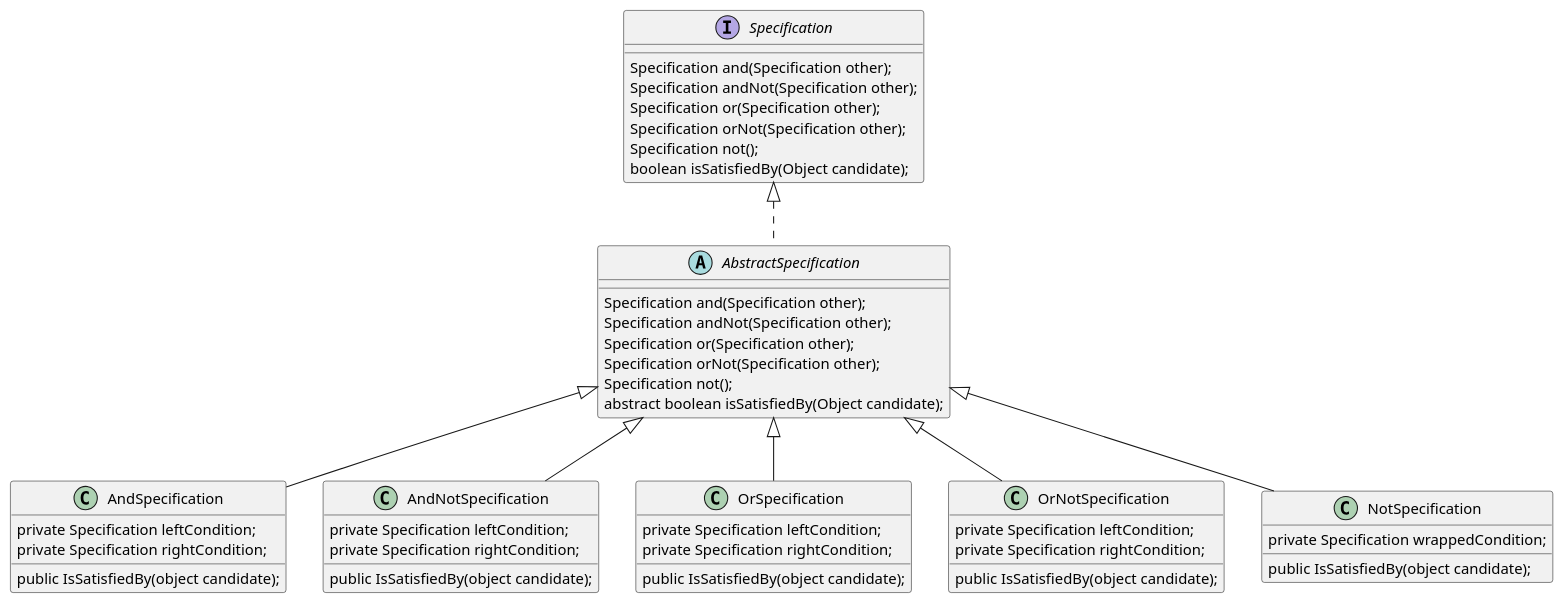
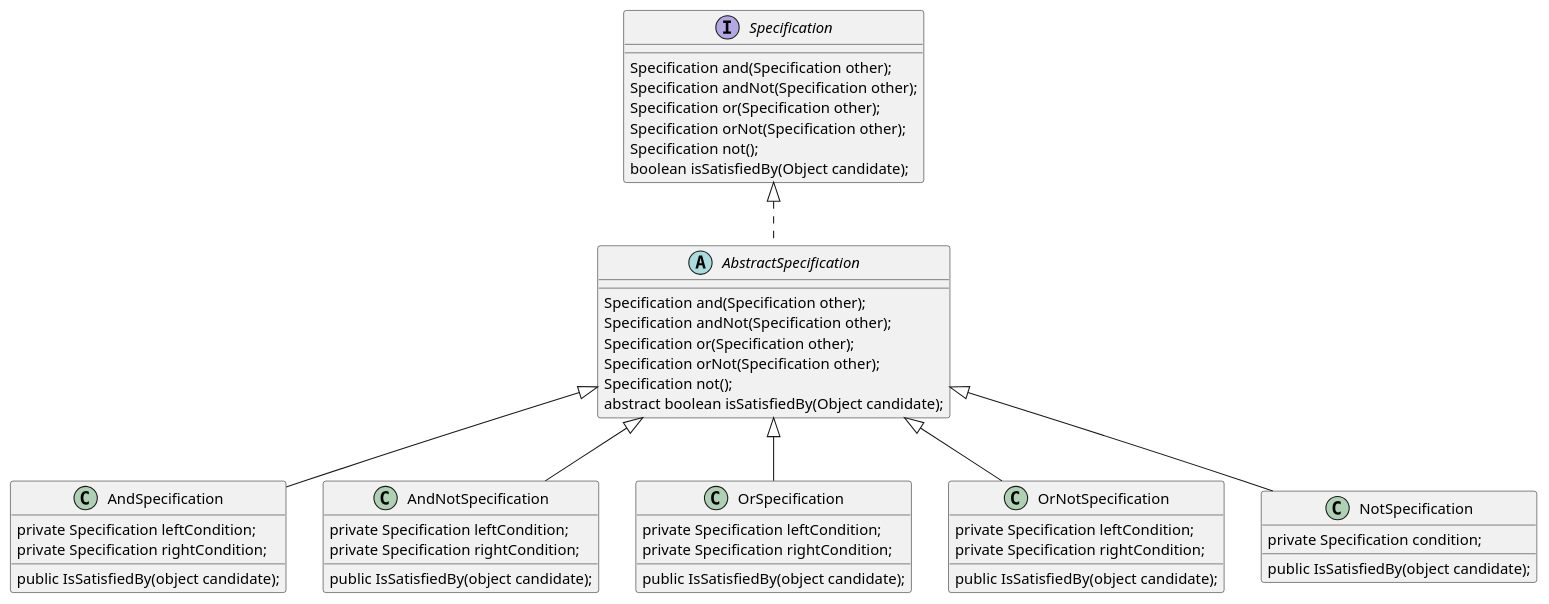
One commit to devyonghee/design-pattern-java changed the diagram in specification/diagram.puml. Above: the diagram before and after it, drawn with PlantUML. The commit also changed 7 other files, not shown here.

```diff
--- a/specification/diagram.puml
+++ b/specification/diagram.puml
@@ -1,57 +1,57 @@
 @startuml
 'https://plantuml.com/class-diagram
 
 interface Specification {
   Specification and(Specification other);
   Specification andNot(Specification other);
   Specification or(Specification other);
   Specification orNot(Specification other);
   Specification not();
   boolean isSatisfiedBy(Object candidate);
 }
 
 abstract class AbstractSpecification implements Specification {
   Specification and(Specification other);
   Specification andNot(Specification other);
   Specification or(Specification other);
   Specification orNot(Specification other);
   Specification not();
   abstract boolean isSatisfiedBy(Object candidate);
 }
 
 class AndSpecification extends AbstractSpecification {
   private Specification leftCondition;
   private Specification rightCondition;
 
   public IsSatisfiedBy(object candidate);
 }
 
 class AndNotSpecification extends AbstractSpecification {
   private Specification leftCondition;
   private Specification rightCondition;
 
   public IsSatisfiedBy(object candidate);
 }
 
 class OrSpecification extends AbstractSpecification {
   private Specification leftCondition;
   private Specification rightCondition;
 
   public IsSatisfiedBy(object candidate);
 }
 
 class OrNotSpecification extends AbstractSpecification {
   private Specification leftCondition;
   private Specification rightCondition;
 
   public IsSatisfiedBy(object candidate);
 }
 
 class NotSpecification extends AbstractSpecification {
-  private Specification wrappedCondition;
+  private Specification condition;
 
   public IsSatisfiedBy(object candidate);
 }
 
 
 @enduml
```
